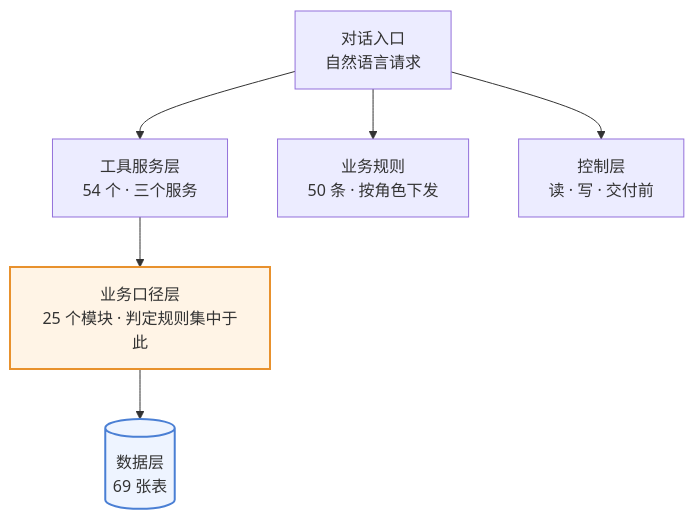
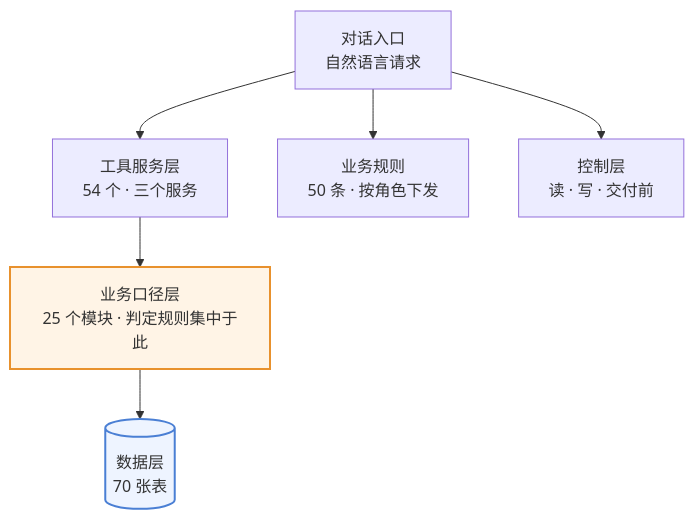
One commit to 843773296-rgb/lanxiu-yunshang-agent changed the first of 4 diagrams in 澜绣云裳agent-产品需求文档.md. Above: the diagram before and after it, drawn with Mermaid. The commit also changed other lines of this file and 4 other files, not shown here.

````diff
--- a/澜绣云裳agent-产品需求文档.md
+++ b/澜绣云裳agent-产品需求文档.md
@@ -134,12 +134,12 @@
 ```mermaid
 flowchart TD
     M["对话入口<br/>自然语言请求"]
     M --> T["工具服务层<br/>54 个 · 三个服务"]
     M --> R["业务规则<br/>50 条 · 按角色下发"]
     M --> G["控制层<br/>读 · 写 · 交付前"]
     T --> K["业务口径层<br/>25 个模块 · 判定规则集中于此"]
-    K --> DB[("数据层<br/>69 张表")]
+    K --> DB[("数据层<br/>70 张表")]
 
     style K fill:#fff4e6,stroke:#e8912d,stroke-width:2px
     style DB fill:#eef4ff,stroke:#4a7fd4,stroke-width:2px
 ```
````
